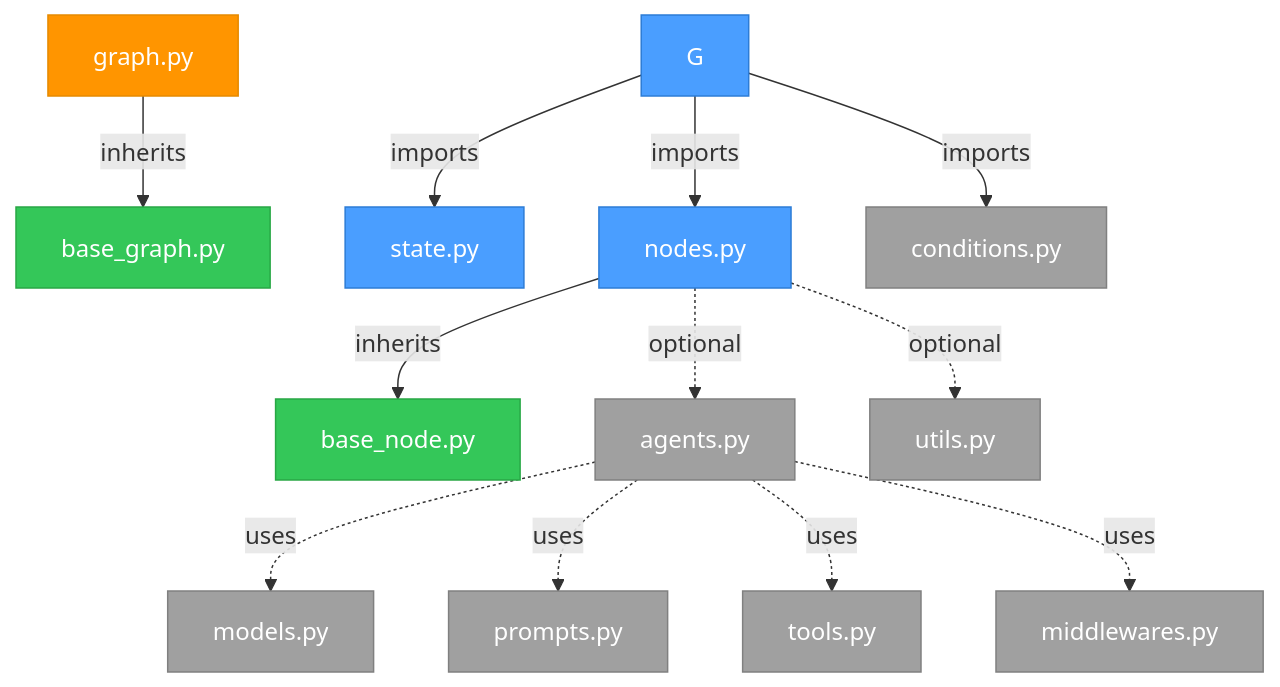
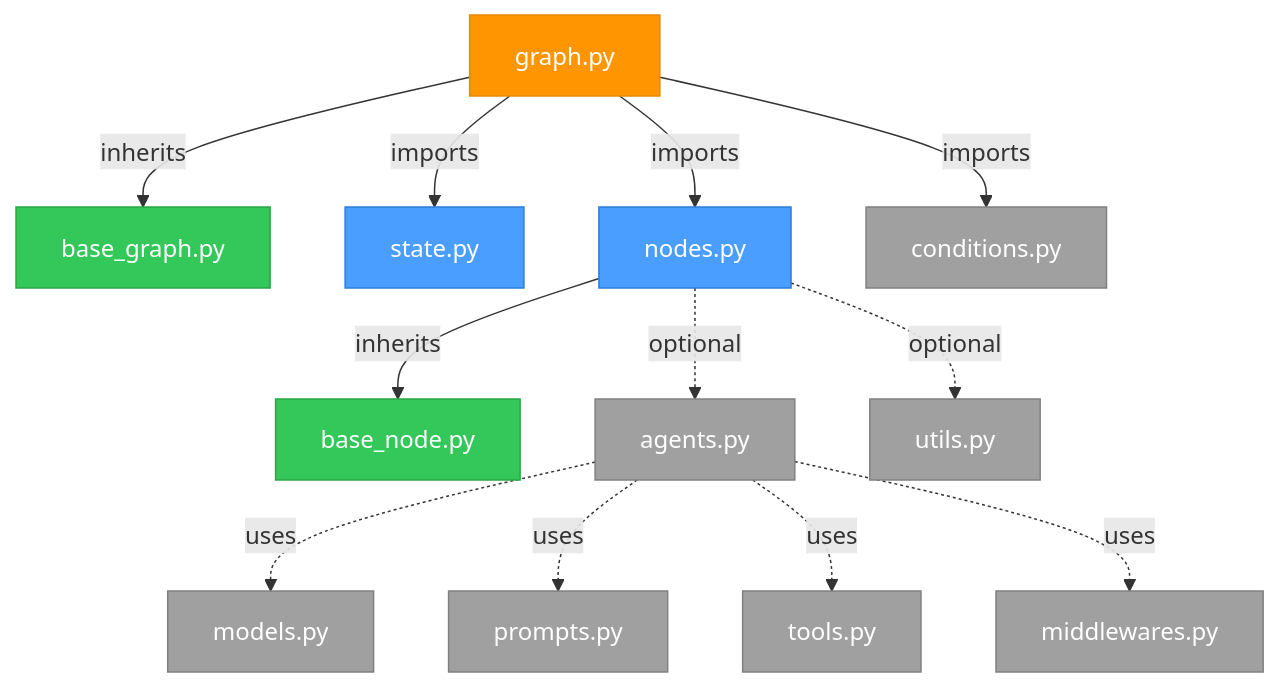
Before and after one commit to Proact0/act-operator: the first of 2 diagrams in README.md, drawn with Mermaid. The commit also changed 1 other file, not shown here.

Commit message:
docs: update module import connections in diagrams for consistency across README files

````diff
--- a/README.md
+++ b/README.md
@@ -178,24 +178,24 @@
 ```mermaid
 graph TD
     LG["graph.py"] -->|inherits| BG["base_graph.py"]
-    G -->|imports| S["state.py"]
-    G -->|imports| N["nodes.py"]
-    G -->|imports| CD["conditions.py"]
+    LG -->|imports| S["state.py"]
+    LG -->|imports| N["nodes.py"]
+    LG -->|imports| CD["conditions.py"]
     N -->|inherits| BN["base_node.py"]
     N -.->|optional| A["agents.py"]
     N -.->|optional| U["utils.py"]
     A -.->|uses| M["models.py"]
     A -.->|uses| P["prompts.py"]
     A -.->|uses| T["tools.py"]
     A -.->|uses| MW["middlewares.py"]
 
     classDef required fill:#4a9eff,stroke:#2d7cd6,color:#fff
     classDef optional fill:#a0a0a0,stroke:#808080,color:#fff
     classDef base fill:#34c759,stroke:#28a745,color:#fff
     classDef entry fill:#ff9500,stroke:#e68a00,color:#fff
 
     class LG entry
     class G,S,N required
     class BG,BN base
     class CD,A,T,MW,M,P,U optional
 ```
````
